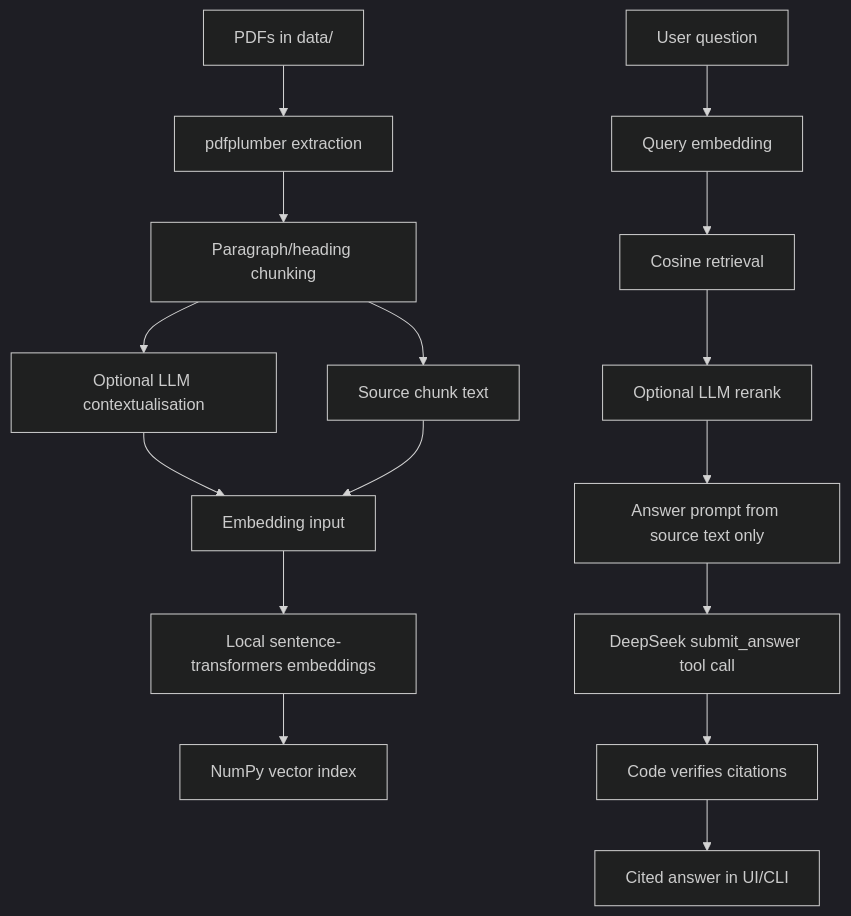
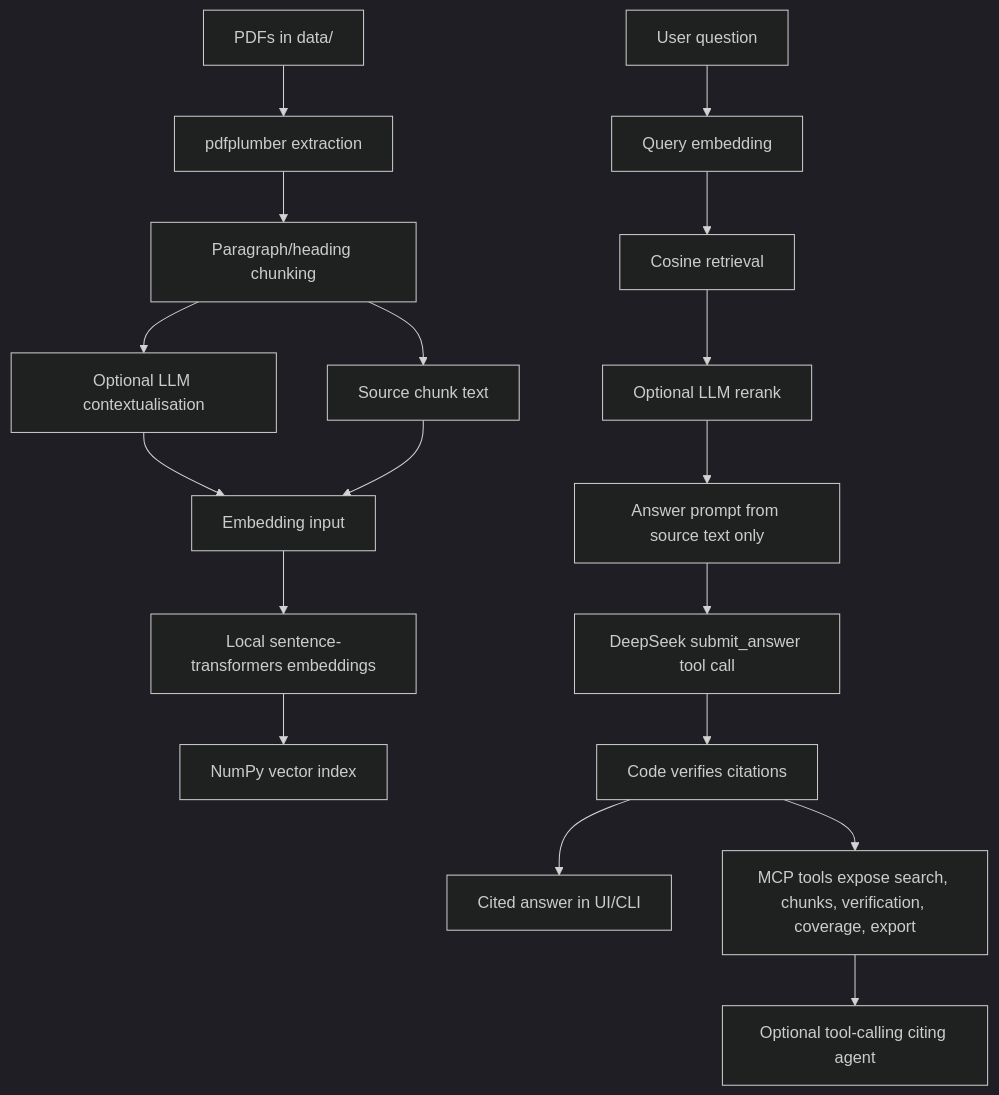
Before and after one commit to Lingtronics/data-room-cited: the diagram in README.md, drawn with Mermaid (dark theme). The commit also changed other lines of this file and 11 other files, not shown here.

Commit message:
Add MCP tools and citing agent loop

````diff
--- a/README.md
+++ b/README.md
@@ -89,19 +103,21 @@
 ```mermaid
 flowchart TD
     A["PDFs in data/"] --> B["pdfplumber extraction"]
     B --> C["Paragraph/heading chunking"]
     C --> D["Optional LLM contextualisation"]
     C --> E["Source chunk text"]
     D --> F["Embedding input"]
     E --> F
     F --> G["Local sentence-transformers embeddings"]
     G --> H["NumPy vector index"]
 
     I["User question"] --> J["Query embedding"]
     J --> K["Cosine retrieval"]
     K --> L["Optional LLM rerank"]
     L --> M["Answer prompt from source text only"]
     M --> N["DeepSeek submit_answer tool call"]
     N --> O["Code verifies citations"]
     O --> P["Cited answer in UI/CLI"]
+    O --> Q["MCP tools expose search, chunks, verification, coverage, export"]
+    Q --> R["Optional tool-calling citing agent"]
 ```
````
